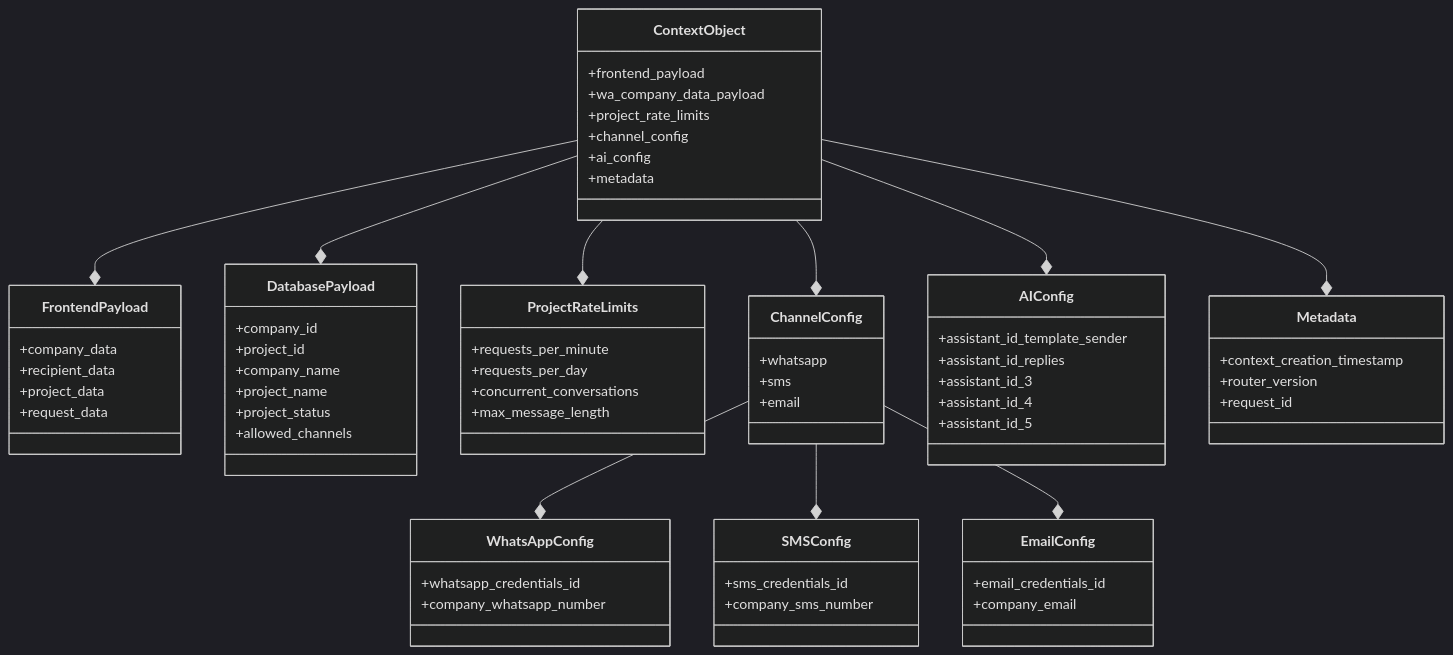
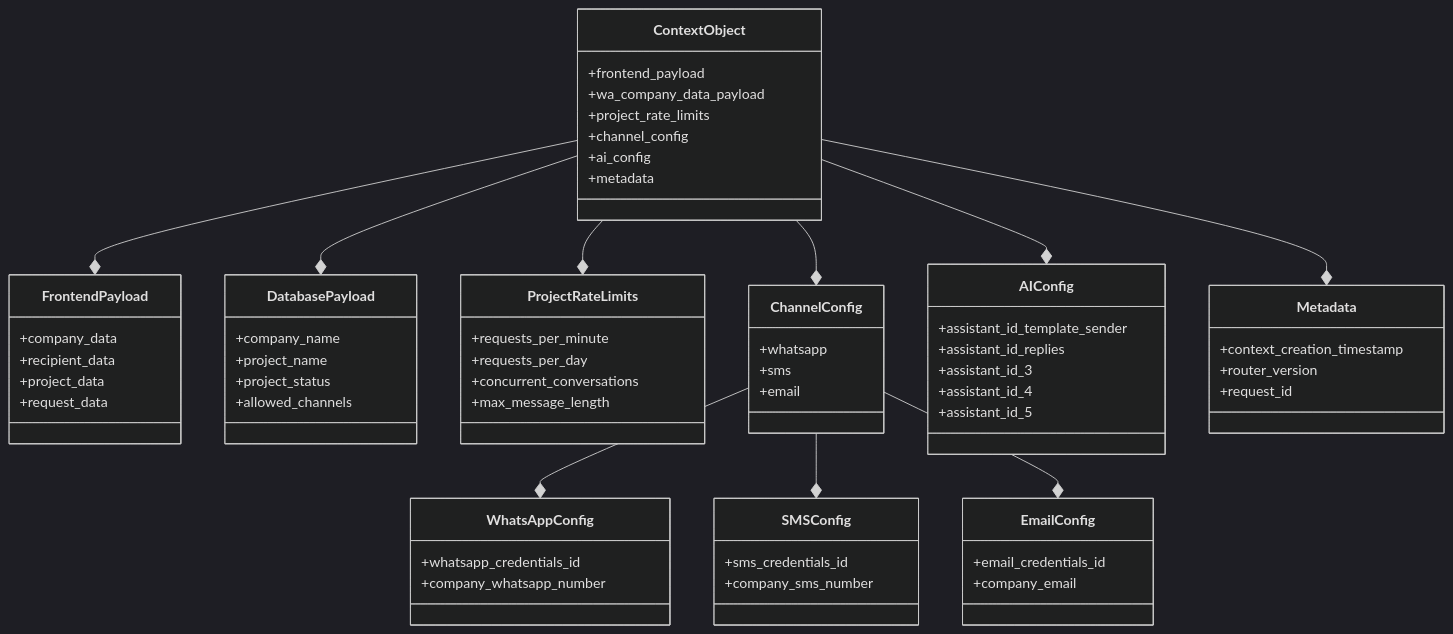
The seventh of 7 diagrams in lld/channel-router/channel-router-diagrams-v1.0.md (junksamiad/template-sender-engine), drawn with Mermaid (dark theme) before and after one commit. The commit also changed 3 other files, not shown here.

````diff
--- a/lld/channel-router/channel-router-diagrams-v1.0.md
+++ b/lld/channel-router/channel-router-diagrams-v1.0.md
@@ -455,79 +455,77 @@
 ```mermaid
 classDiagram
     class ContextObject {
         +frontend_payload
         +wa_company_data_payload
         +project_rate_limits
         +channel_config
         +ai_config
         +metadata
     }
     
     class FrontendPayload {
         +company_data
         +recipient_data
         +project_data
         +request_data
     }
     
     class DatabasePayload {
-        +company_id
-        +project_id
         +company_name
         +project_name
         +project_status
         +allowed_channels
     }
     
     class ProjectRateLimits {
         +requests_per_minute
         +requests_per_day
         +concurrent_conversations
         +max_message_length
     }
     
     class ChannelConfig {
         +whatsapp
         +sms
         +email
     }
     
     class WhatsAppConfig {
         +whatsapp_credentials_id
         +company_whatsapp_number
     }
     
     class SMSConfig {
         +sms_credentials_id
         +company_sms_number
     }
     
     class EmailConfig {
         +email_credentials_id
         +company_email
     }
     
     class AIConfig {
         +assistant_id_template_sender
         +assistant_id_replies
         +assistant_id_3
         +assistant_id_4
         +assistant_id_5
     }
     
     class Metadata {
         +context_creation_timestamp
         +router_version
         +request_id
     }
     
     ContextObject --* FrontendPayload
     ContextObject --* DatabasePayload
     ContextObject --* ProjectRateLimits
     ContextObject --* ChannelConfig
     ContextObject --* AIConfig
     ContextObject --* Metadata
     ChannelConfig --* WhatsAppConfig
     ChannelConfig --* SMSConfig
     ChannelConfig --* EmailConfig
 ```
````
